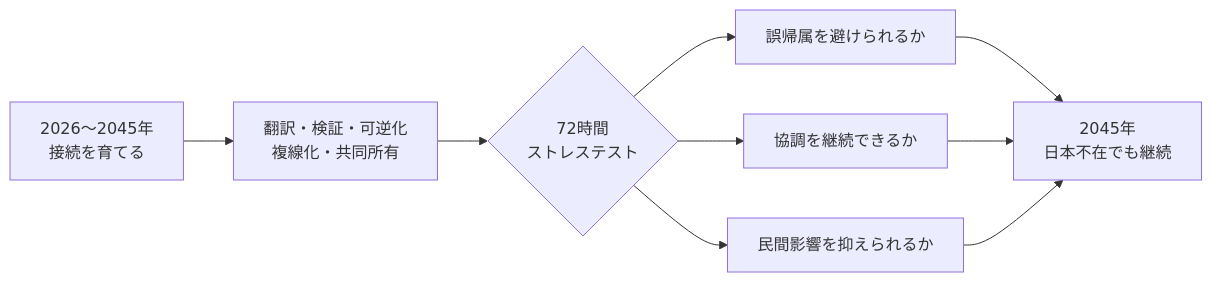
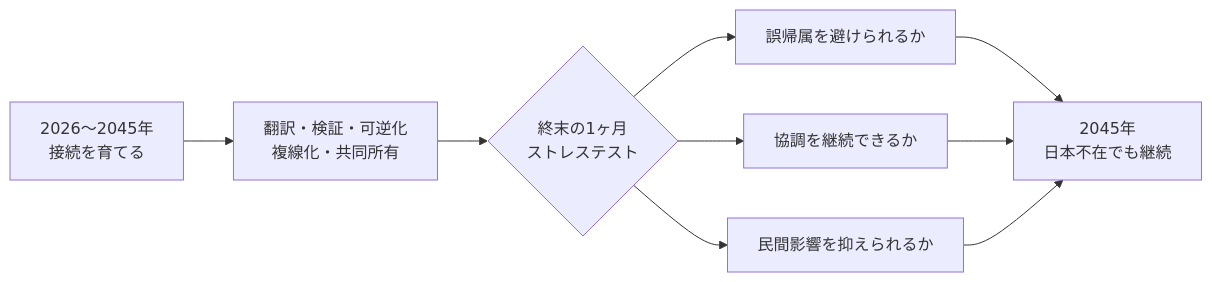
One commit to nexus-ai-2045/quiet-orchestrator-japan changed the diagram in README.md. Above: the diagram before and after it, drawn with Mermaid. The commit also changed other lines of this file and 20 other files, not shown here.

````diff
--- a/README.md
+++ b/README.md
@@ -31,11 +31,11 @@
 ```mermaid
 flowchart LR
     A["2026〜2045年<br>接続を育てる"] --> B["翻訳・検証・可逆化<br>複線化・共同所有"]
-    B --> C{"72時間<br>ストレステスト"}
+    B --> C{"終末の1ヶ月<br>ストレステスト"}
     C --> D["誤帰属を避けられるか"]
     C --> E["協調を継続できるか"]
     C --> F["民間影響を抑えられるか"]
     D --> G["2045年<br>日本不在でも継続" ]
     E --> G
     F --> G
 ```
````
